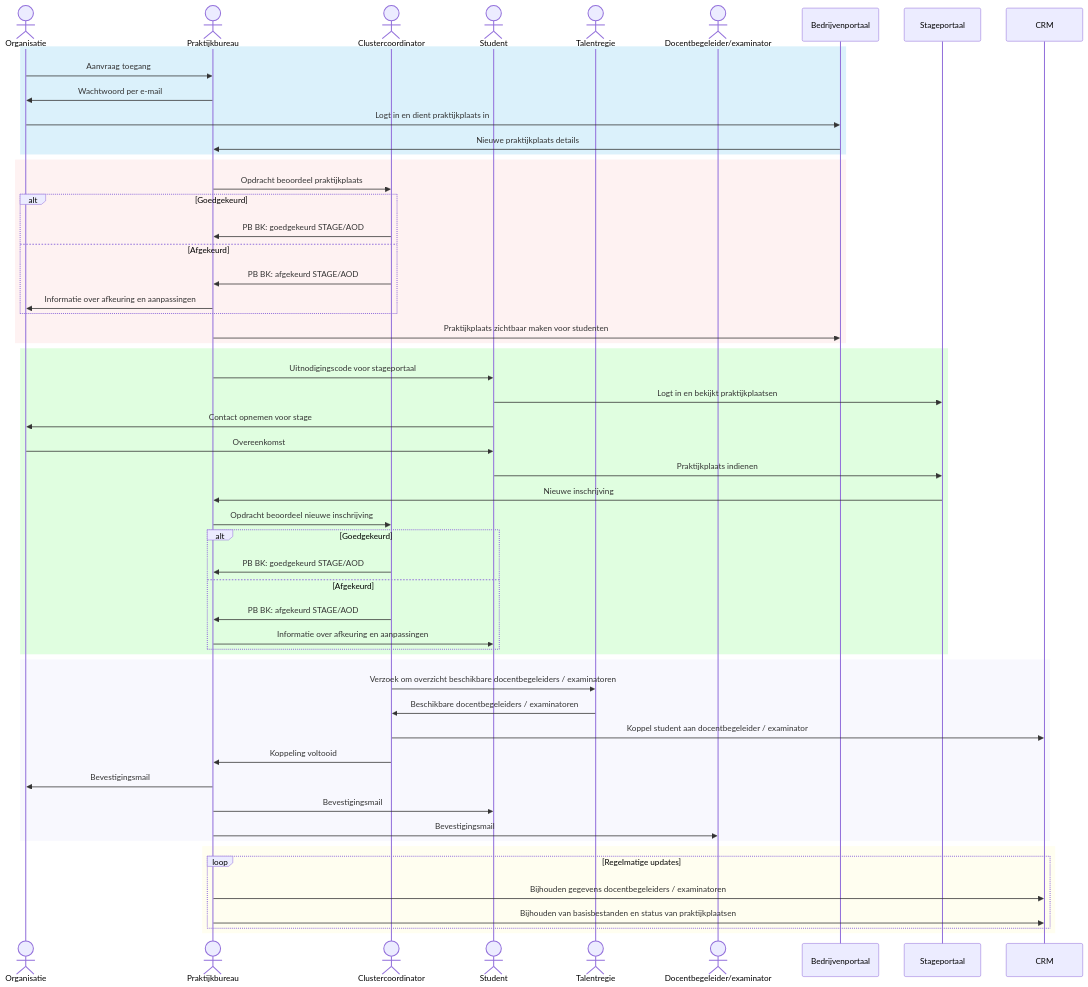
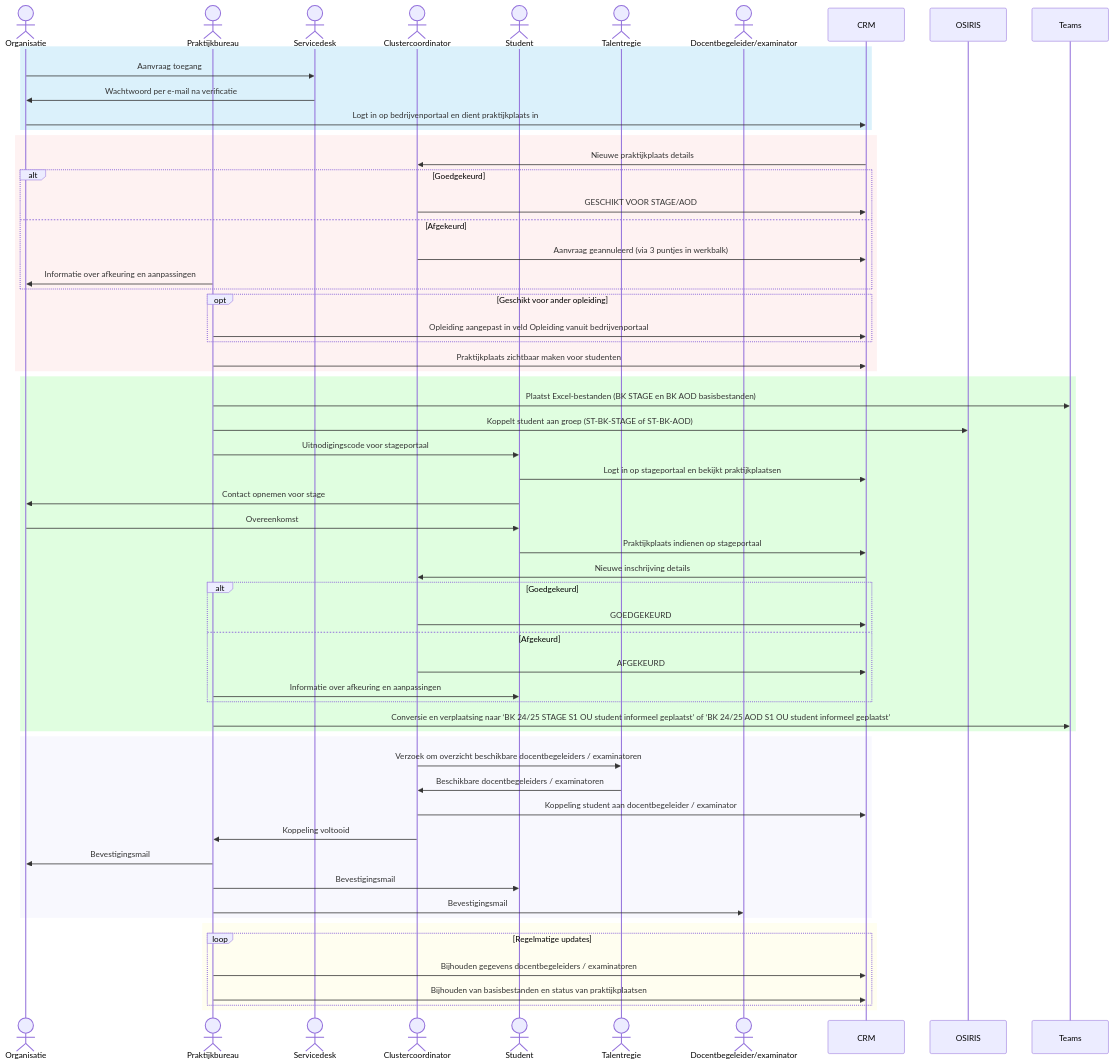
One commit to hanbedrijfskunde/praktijkworkflow changed the diagram in processchema.qmd. Above: the diagram before and after it, drawn with Mermaid. The commit also changed 4 other files, not shown here.

````diff
--- a/processchema.qmd
+++ b/processchema.qmd
@@ -11,67 +11,75 @@
 ```{mermaid}
 %%| column: screen
 sequenceDiagram
   actor Organisatie
   actor Praktijkbureau
+  actor Servicedesk
   actor Clustercoordinator
   actor Student
   actor Talentregie
   actor Docentbegeleider/examinator
+  participant CRM
+  participant OSIRIS
+  participant Teams
+  
 
   %% Fase 1: Toegang & Indienen
   rect rgb(137, 207, 240, 0.3)
-  Organisatie->>Praktijkbureau: Aanvraag toegang
-  Praktijkbureau->>Organisatie: Wachtwoord per e-mail
-  Organisatie->>Bedrijvenportaal: Logt in en dient praktijkplaats in
-  Bedrijvenportaal->>Praktijkbureau: Nieuwe praktijkplaats details
+  Organisatie->>Servicedesk: Aanvraag toegang
+  Servicedesk->>Organisatie: Wachtwoord per e-mail na verificatie
+  Organisatie->>CRM: Logt in op bedrijvenportaal en dient praktijkplaats in
   end
   
   %% Fase 2: Beoordelen & Verwerken
   rect rgb(240, 128, 128, 0.1)
-  Praktijkbureau->>Clustercoordinator: Opdracht beoordeel praktijkplaats
+  CRM->>Clustercoordinator: Nieuwe praktijkplaats details
   alt Goedgekeurd
-    Clustercoordinator->>Praktijkbureau: PB BK: goedgekeurd STAGE/AOD
+    Clustercoordinator->>CRM: GESCHIKT VOOR STAGE/AOD
   else Afgekeurd
-    Clustercoordinator->>Praktijkbureau: PB BK: afgekeurd STAGE/AOD
+    Clustercoordinator->>CRM: Aanvraag geannuleerd (via 3 puntjes in werkbalk)
     Praktijkbureau->>Organisatie: Informatie over afkeuring en aanpassingen
   end
-  Praktijkbureau->>Bedrijvenportaal: Praktijkplaats zichtbaar maken voor studenten
+  opt Geschikt voor ander opleiding
+    Praktijkbureau ->> CRM: Opleiding aangepast in veld Opleiding vanuit bedrijvenportaal
+  end
+  Praktijkbureau->>CRM: Praktijkplaats zichtbaar maken voor studenten
   end
 
   %% Fase 3: Inschrijvingen & Goedkeuring
   rect rgb(152, 251, 152, 0.3)
+  Praktijkbureau->>Teams: Plaatst Excel-bestanden (BK STAGE en BK AOD basisbestanden)
+  Praktijkbureau->>OSIRIS: Koppelt student aan groep (ST-BK-STAGE of ST-BK-AOD)
   Praktijkbureau->>Student: Uitnodigingscode voor stageportaal
-  Student->>Stageportaal: Logt in en bekijkt praktijkplaatsen
+  Student->>CRM: Logt in op stageportaal en bekijkt praktijkplaatsen
   Student->>Organisatie: Contact opnemen voor stage
   Organisatie->>Student: Overeenkomst
-  Student->>Stageportaal: Praktijkplaats indienen
-  Stageportaal->>Praktijkbureau: Nieuwe inschrijving
-  Praktijkbureau->>Clustercoordinator: Opdracht beoordeel nieuwe inschrijving
+  Student->>CRM: Praktijkplaats indienen op stageportaal
+  CRM->>Clustercoordinator: Nieuwe inschrijving details
   alt Goedgekeurd
-    Clustercoordinator->>Praktijkbureau: PB BK: goedgekeurd STAGE/AOD
+    Clustercoordinator->>CRM: GOEDGEKEURD
   else Afgekeurd
-    Clustercoordinator->>Praktijkbureau: PB BK: afgekeurd STAGE/AOD
+    Clustercoordinator->>CRM: AFGEKEURD
     Praktijkbureau->>Student: Informatie over afkeuring en aanpassingen
   end
+  Praktijkbureau->>Teams: Conversie en verplaatsing naar ‘BK 24/25 STAGE S1 OU student informeel geplaatst’ of ‘BK 24/25 AOD S1 OU student informeel geplaatst’
   end
 
   %% Fase 4: Inzet begeleiding
   rect rgb(230, 230, 250, 0.3)
   Clustercoordinator->>Talentregie: Verzoek om overzicht beschikbare docentbegeleiders / examinatoren
   Talentregie->>Clustercoordinator: Beschikbare docentbegeleiders / examinatoren
-  Clustercoordinator->>CRM: Koppel student aan docentbegeleider / examinator
+  Clustercoordinator->>CRM: Koppeling student aan docentbegeleider / examinator
   Clustercoordinator->>Praktijkbureau: Koppeling voltooid
   Praktijkbureau->>Organisatie: Bevestigingsmail
   Praktijkbureau->>Student: Bevestigingsmail
   Praktijkbureau->>Docentbegeleider/examinator: Bevestigingsmail
   end
 
   %% Fase 5: Overzicht en Onderhoud
   rect rgb(255, 250, 205, 0.3)
   loop Regelmatige updates
     Praktijkbureau->>CRM: Bijhouden gegevens docentbegeleiders / examinatoren
     Praktijkbureau->>CRM: Bijhouden van basisbestanden en status van praktijkplaatsen
   end
   end
-
 ```
````
